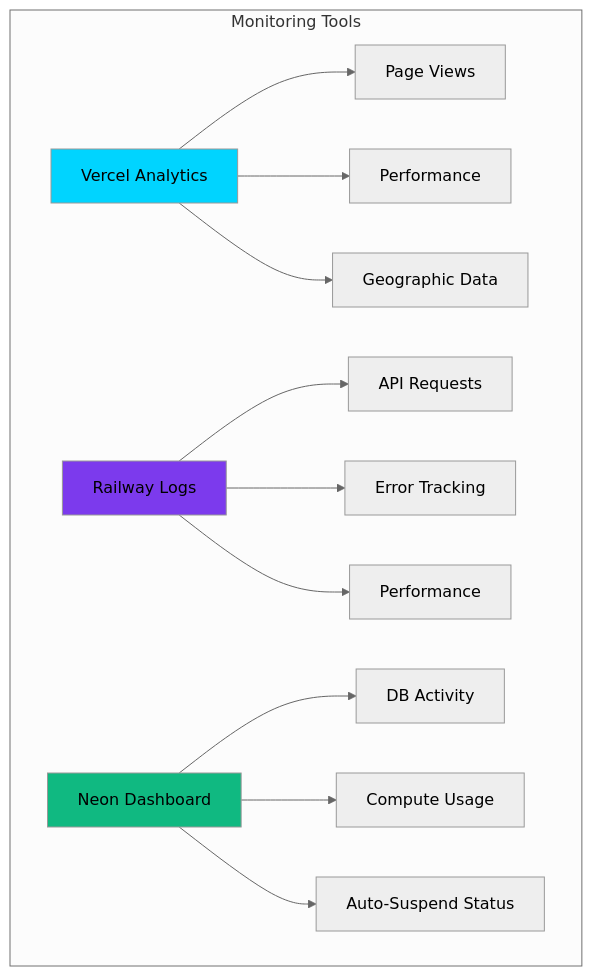
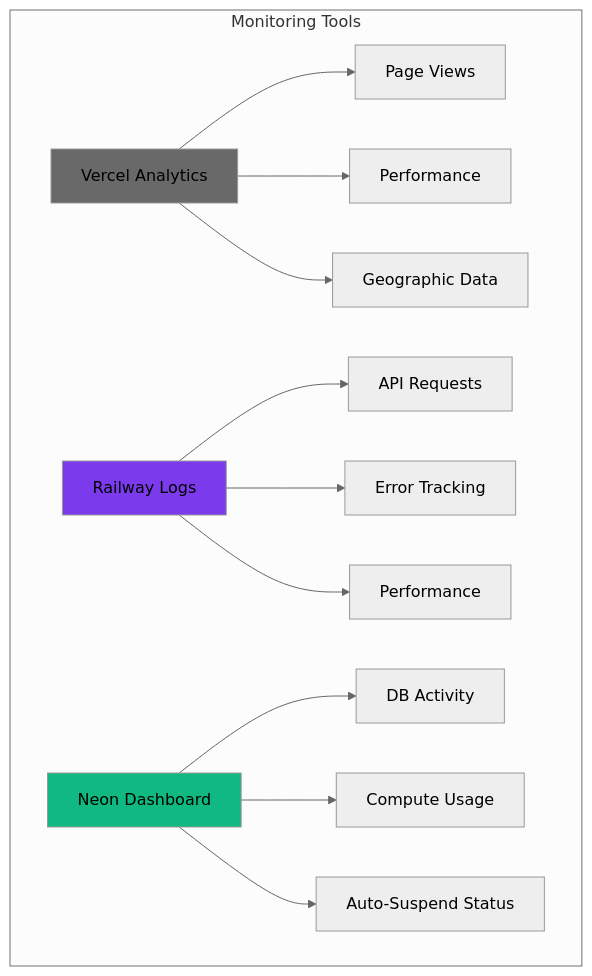
The ninth of 11 diagrams in README.md (shams909/Modern-Web-News-Portal), drawn with Mermaid (neutral theme) before and after one commit.

````diff
--- a/README.md
+++ b/README.md
@@ -384,20 +384,20 @@
 ```mermaid
 graph TB
     subgraph "Monitoring Tools"
         A[Vercel Analytics] --> B[Page Views]
         A --> C[Performance]
         A --> D[Geographic Data]
         
         E[Railway Logs] --> F[API Requests]
         E --> G[Error Tracking]
         E --> H[Performance]
         
         I[Neon Dashboard] --> J[DB Activity]
         I --> K[Compute Usage]
         I --> L[Auto-Suspend Status]
     end
     
-    style A fill:#00d4ff
+    style A fill:#696969
     style E fill:#7c3aed
     style I fill:#10b981
 ```
````
